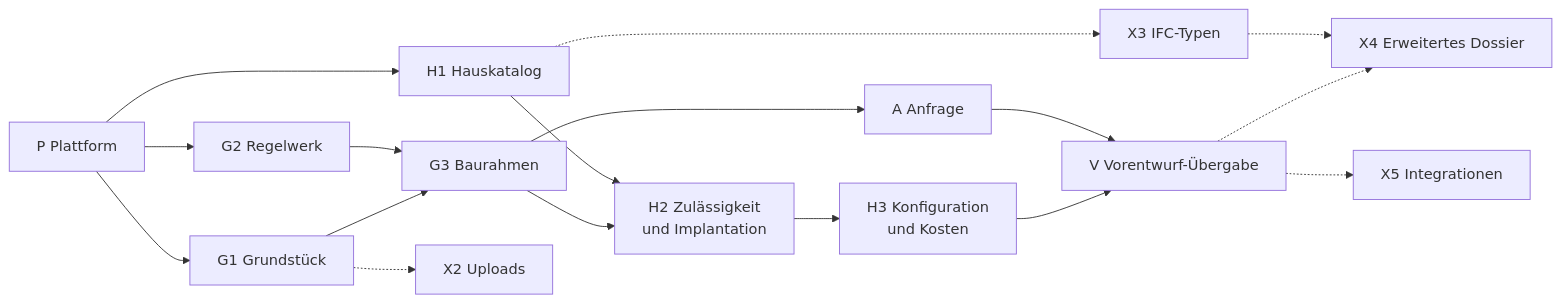
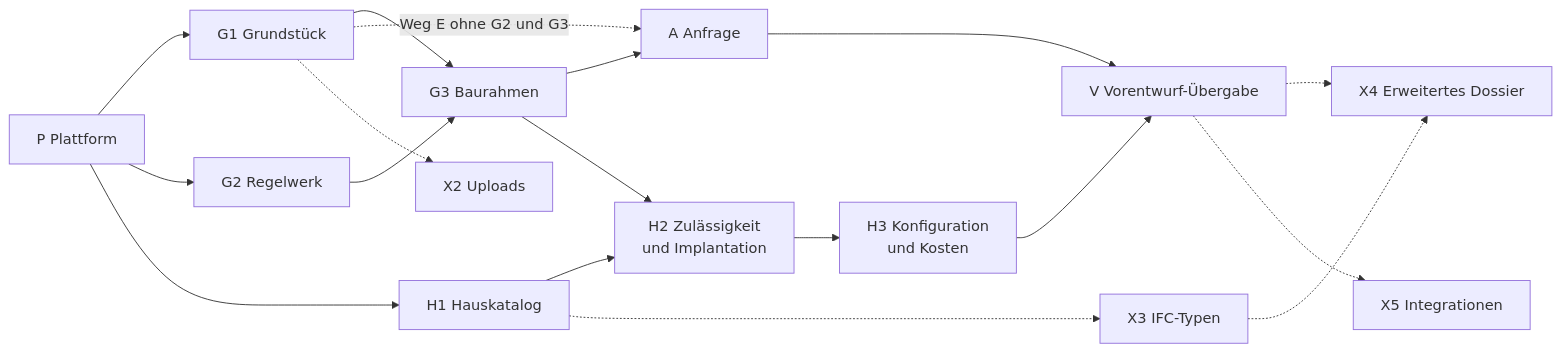
One commit to DieDaddelecke/building-configurator changed the first of 3 diagrams in UMSETZUNGSPLAN.md. Above: the diagram before and after it, drawn with Mermaid. The commit also changed other lines of this file and 24 other files, not shown here.

First line of the commit message:
G1: Weg E – Grundstück frei zeichnen und bemaßen, ohne Kataster

````diff
--- a/UMSETZUNGSPLAN.md
+++ b/UMSETZUNGSPLAN.md
@@ -44,19 +46,20 @@
 ```mermaid
 flowchart LR
   P[P Plattform] --> G1[G1 Grundstück]
   P --> G2[G2 Regelwerk]
   G1 --> G3[G3 Baurahmen]
   G2 --> G3
   G3 --> A[A Anfrage]
   G3 --> H2[H2 Zulässigkeit<br/>und Implantation]
   P --> H1[H1 Hauskatalog]
   H1 --> H2
   H2 --> H3[H3 Konfiguration<br/>und Kosten]
   H3 --> V[V Vorentwurf-Übergabe]
   A --> V
+  G1 -. Weg E ohne G2 und G3 .-> A
   G1 -.-> X2[X2 Uploads]
   H1 -.-> X3[X3 IFC-Typen]
   V -.-> X4[X4 Erweitertes Dossier]
   X3 -.-> X4
   V -.-> X5[X5 Integrationen]
 ```
````
